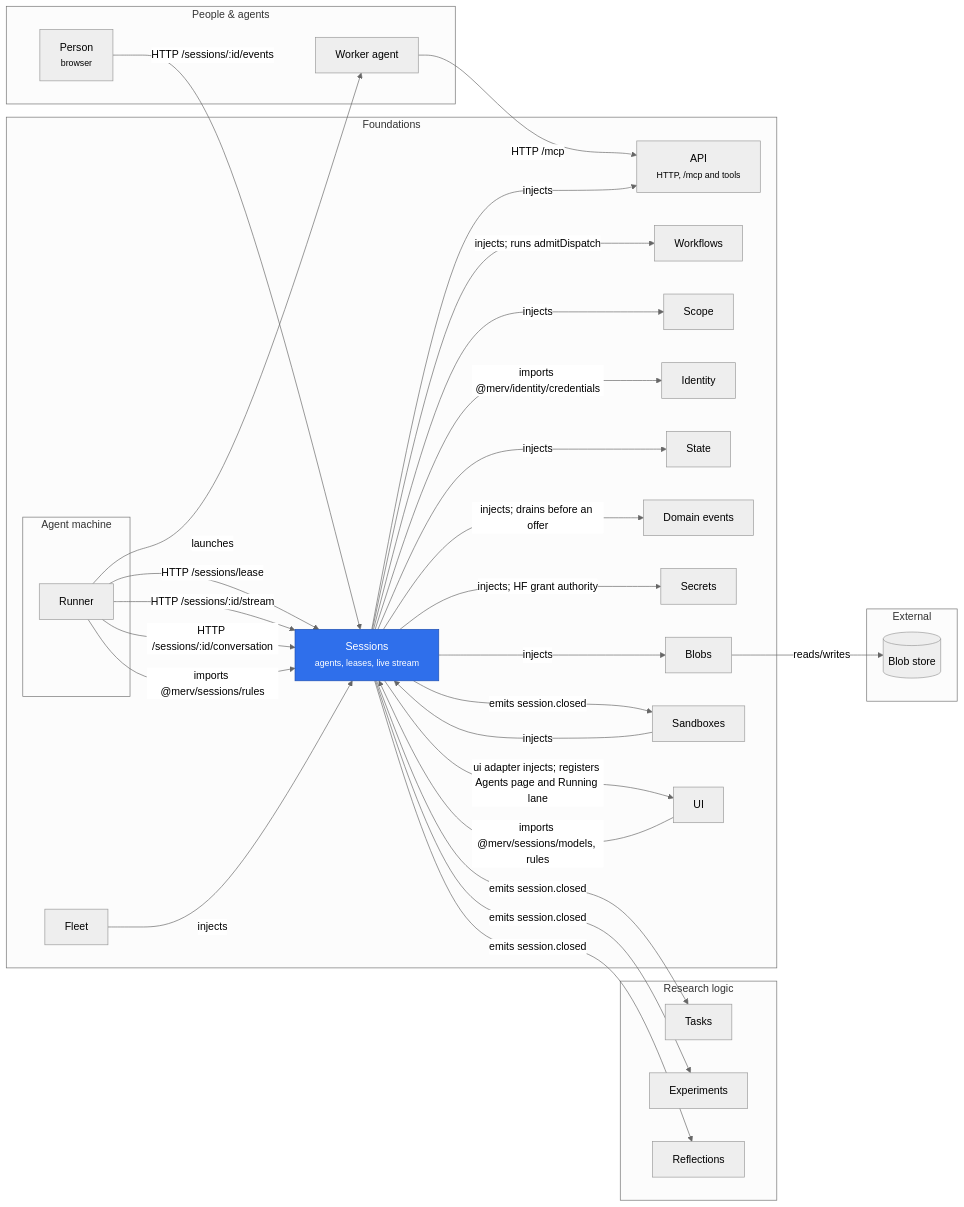
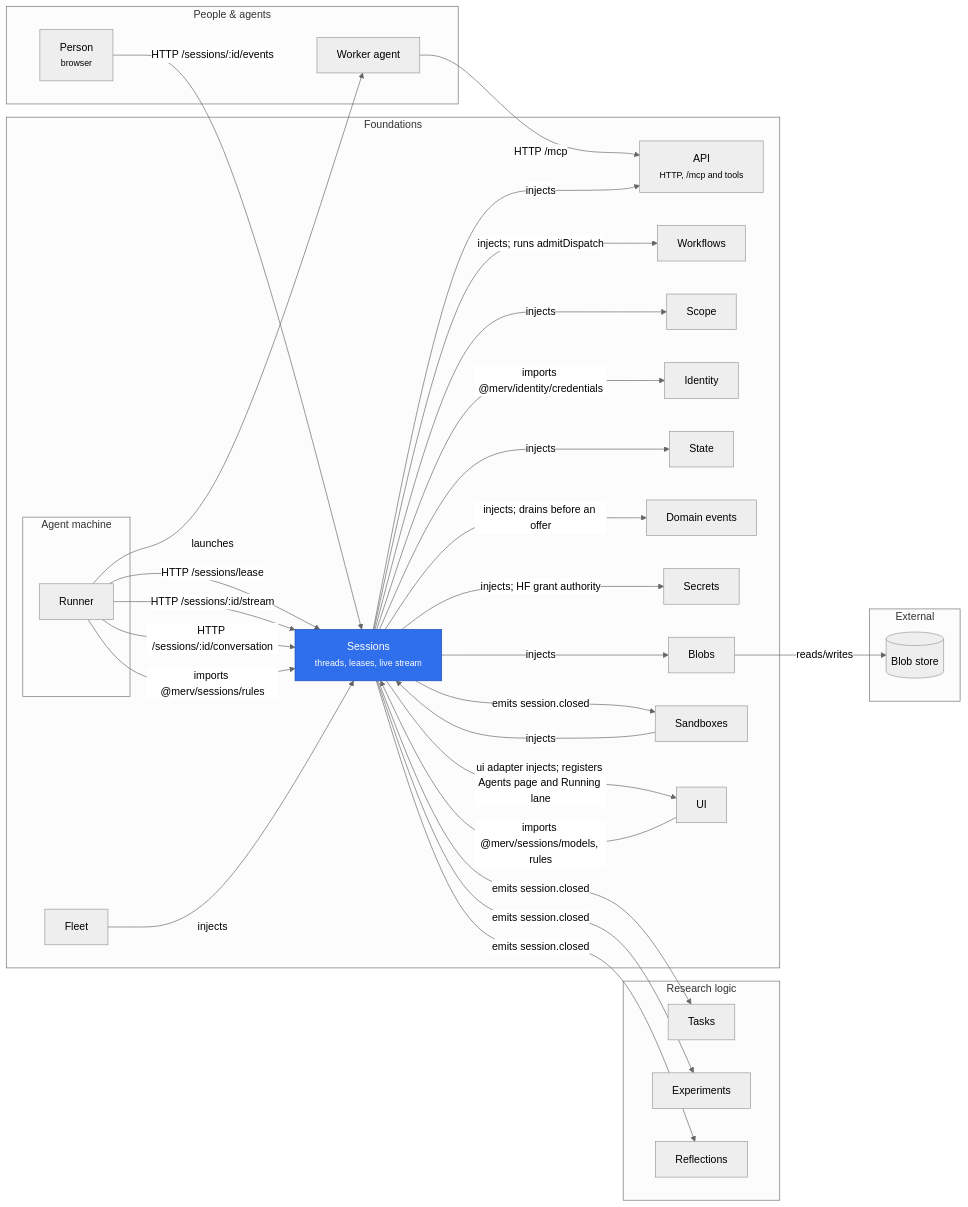
The diagram in merv-typescript/packages/sessions/README.md (rapidreview-io/Merv), drawn with Mermaid (neutral theme) before and after one commit. The commit also changed other lines of this file and 1 other file, not shown here.

Commit message:
Describe threads and their visits in the continuity docs

````diff
--- a/merv-typescript/packages/sessions/README.md
+++ b/merv-typescript/packages/sessions/README.md
@@ -16,58 +16,58 @@
 ```mermaid
 flowchart LR
   subgraph peopleLayer["People & agents"]
     person["Person<br/><small>browser</small>"]
     workerAgent["Worker agent"]
   end
   subgraph researchLayer["Research logic"]
     tasks["Tasks"]
     experiments["Experiments"]
     reflections["Reflections"]
   end
   subgraph foundationsLayer["Foundations"]
     subgraph machine["Agent machine"]
       runner["Runner"]
     end
     api["API<br/><small>HTTP, /mcp and tools</small>"]
-    sessions["Sessions<br/><small>agents, leases, live stream</small>"]
+    sessions["Sessions<br/><small>threads, leases, live stream</small>"]
     workflows["Workflows"]
     scope["Scope"]
     identity["Identity"]
     state["State"]
     domainEvents["Domain events"]
     secrets["Secrets"]
     blobs["Blobs"]
     fleet["Fleet"]
     sandboxes["Sandboxes"]
     ui["UI"]
   end
   subgraph externalLayer["External"]
     blobStore[("Blob store")]
   end
   runner -- "launches" --> workerAgent
   runner -- "HTTP /sessions/lease" --> sessions
   runner -- "HTTP /sessions/:id/stream" --> sessions
   runner -- "HTTP /sessions/:id/conversation" --> sessions
   workerAgent -- "HTTP /mcp" --> api
   person -- "HTTP /sessions/:id/events" --> sessions
   sessions -- "injects" --> api
   sessions -- "injects; runs admitDispatch" --> workflows
   sessions -- "injects" --> scope
   sessions -- "imports @merv/identity/credentials" --> identity
   sessions -- "injects" --> state
   sessions -- "injects; drains before an offer" --> domainEvents
   sessions -- "injects; HF grant authority" --> secrets
   runner -- "imports @merv/sessions/rules" --> sessions
   sessions -- "injects" --> blobs
   blobs -- "reads/writes" --> blobStore
   fleet -- "injects" --> sessions
   ui -- "imports @merv/sessions/models, rules" --> sessions
   sessions -- "ui adapter injects; registers Agents page and Running lane" --> ui
   sandboxes -- "injects" --> sessions
   sessions -- "emits session.closed" --> tasks
   sessions -- "emits session.closed" --> experiments
   sessions -- "emits session.closed" --> reflections
   sessions -- "emits session.closed" --> sandboxes
   classDef self fill:#2f6feb,color:#fff,stroke:#1f4fb0
   class sessions self
 ```
````
